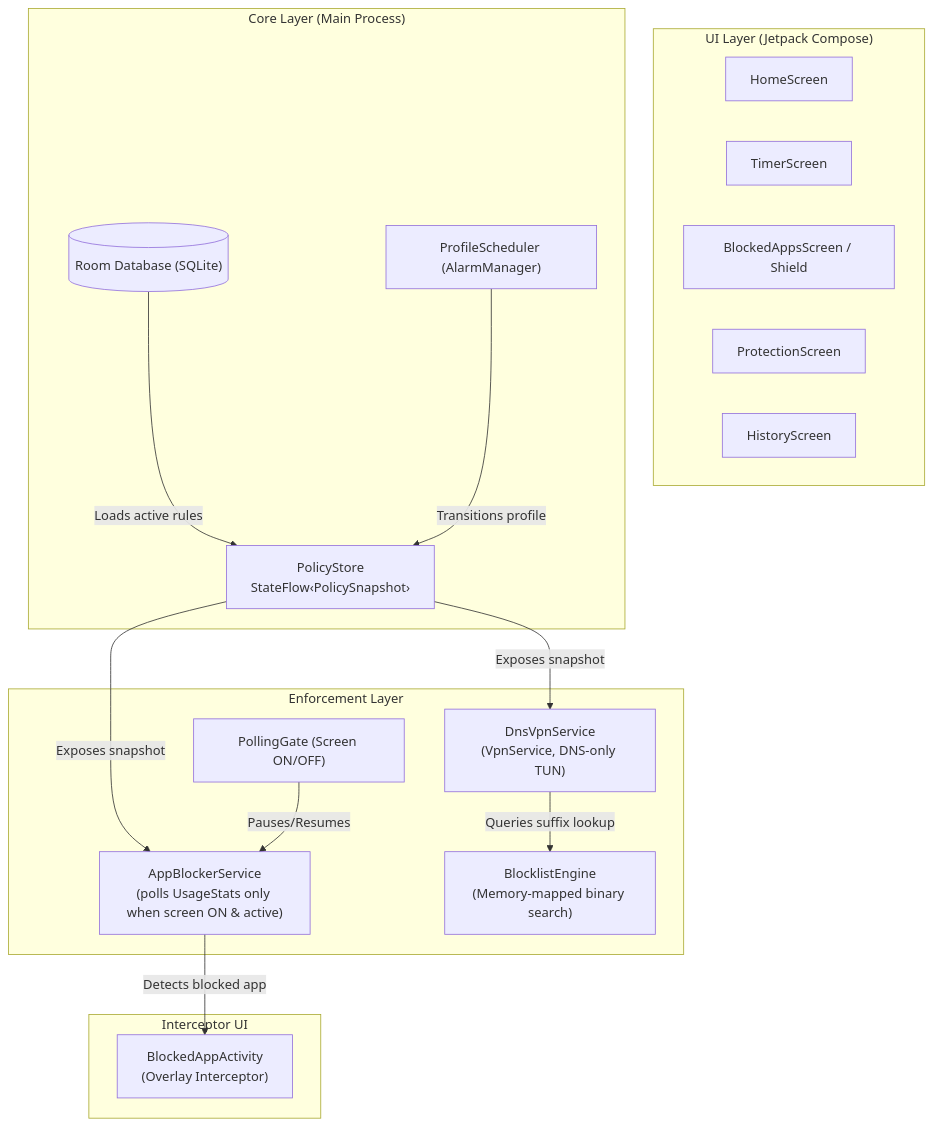
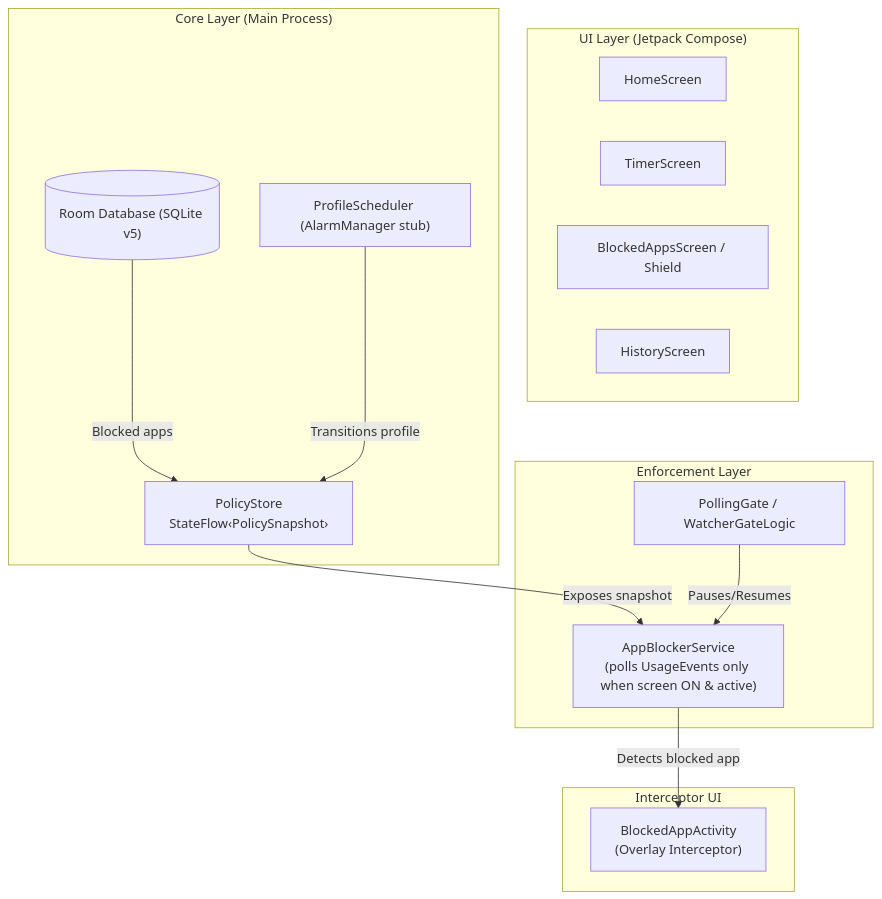
Before and after one commit to vijaytn-in008/FocusForge: the diagram in docs/ARCHITECTURE.md, drawn with Mermaid. The commit also changed other lines of this file and 14 other files, not shown here.

Commit message:
feat(phase3-rewrite): rebuild R1 core (PolicyStore, PolicySnapshot, DomainNormalizer, PollingGate, ProfileScheduler)

````diff
--- a/docs/ARCHITECTURE.md
+++ b/docs/ARCHITECTURE.md
@@ -24,35 +38,29 @@
 ```mermaid
 flowchart TD
     subgraph "UI Layer (Jetpack Compose)"
         UI_Home["HomeScreen"]
         UI_Timer["TimerScreen"]
         UI_Shield["BlockedAppsScreen / Shield"]
-        UI_Prot["ProtectionScreen"]
         UI_Hist["HistoryScreen"]
     end
 
     subgraph "Core Layer (Main Process)"
-        DB[("Room Database (SQLite)")]
+        DB[("Room Database (SQLite v5)")]
         PStore["PolicyStore\nStateFlow‹PolicySnapshot›"]
-        Sched["ProfileScheduler (AlarmManager)"]
-        DB -->|"Loads active rules"| PStore
+        Sched["ProfileScheduler (AlarmManager stub)"]
+        DB -->|"Blocked apps"| PStore
         Sched -->|"Transitions profile"| PStore
     end
 
     subgraph "Enforcement Layer"
-        Gate["PollingGate (Screen ON/OFF)"]
-        ABService["AppBlockerService\n(polls UsageStats only when screen ON & active)"]
-        VPNService["DnsVpnService\n(VpnService, DNS-only TUN)"]
-        BlockEngine["BlocklistEngine\n(Memory-mapped binary search)"]
-        
+        Gate["PollingGate / WatcherGateLogic"]
+        ABService["AppBlockerService\n(polls UsageEvents only when screen ON & active)"]
         PStore -->|"Exposes snapshot"| ABService
-        PStore -->|"Exposes snapshot"| VPNService
         Gate -->|"Pauses/Resumes"| ABService
-        VPNService -->|"Queries suffix lookup"| BlockEngine
     end
 
     subgraph "Interceptor UI"
         BlockAct["BlockedAppActivity\n(Overlay Interceptor)"]
         ABService -->|"Detects blocked app"| BlockAct
     end
 ```
````
